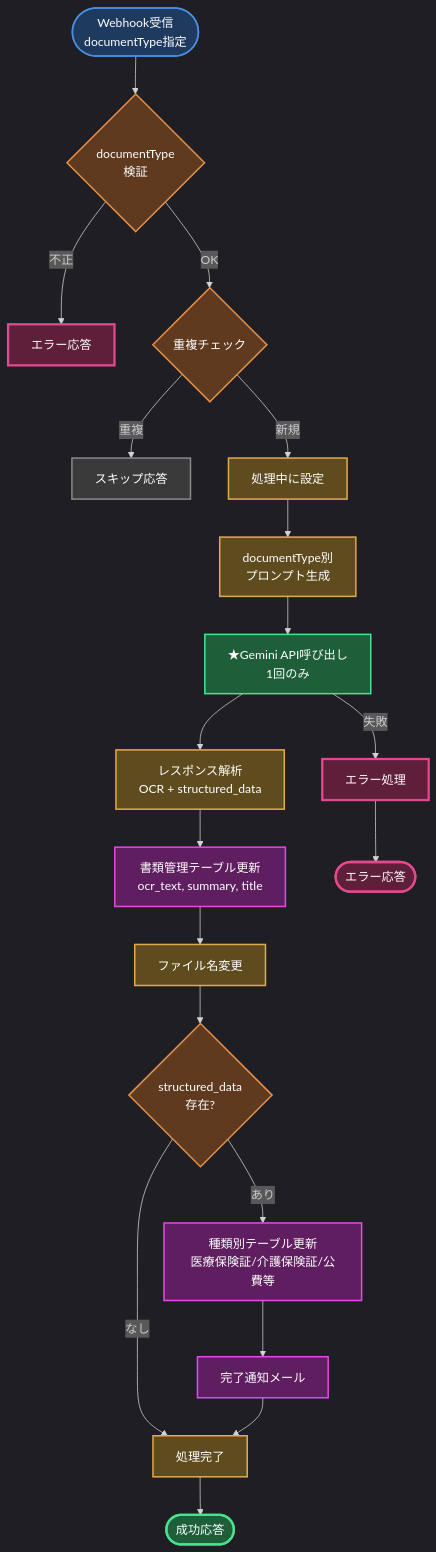
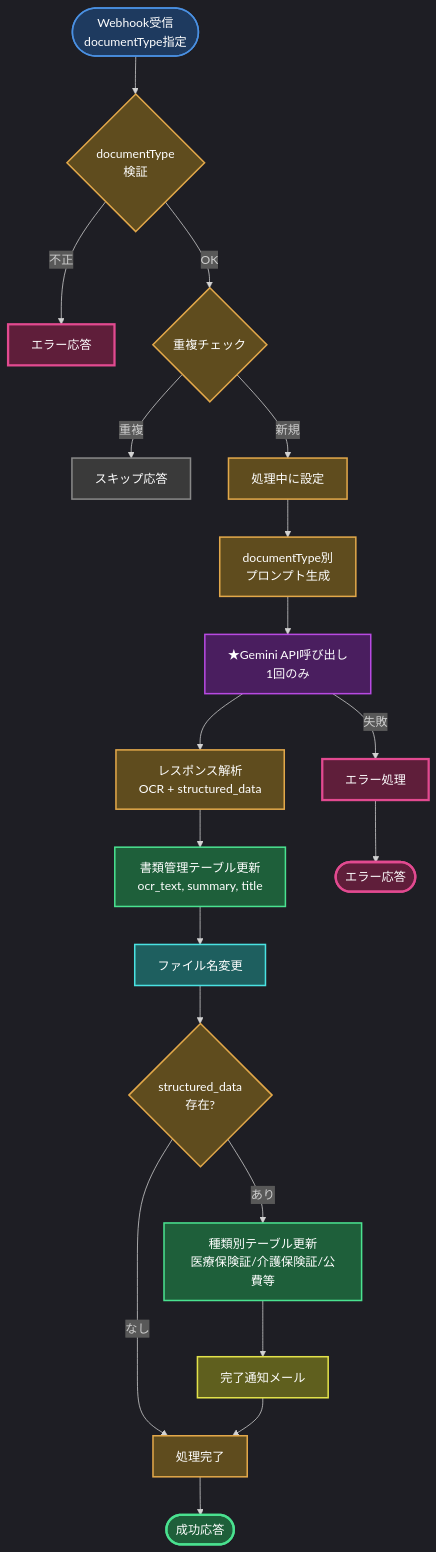
One commit to tasai-lab/appsheet-gas-automation changed the first of 7 diagrams in gas_projects/projects/nursing/Appsheet_訪問看護_書類OCR/FLOW.md. Above: the diagram before and after it, drawn with Mermaid. The commit also changed other lines of this file and 15 other files, not shown here.

First line of the commit message:
docs: FLOW.mdにダークモード対応配色を適用 - 全15プロジェクト完了

````diff
--- a/gas_projects/projects/nursing/Appsheet_訪問看護_書類OCR/FLOW.md
+++ b/gas_projects/projects/nursing/Appsheet_訪問看護_書類OCR/FLOW.md
@@ -7,41 +7,42 @@
 ```mermaid
 %%{init: {'theme':'dark'}}%%
 graph TB
     Start([Webhook受信<br/>documentType指定]):::webhook --> Validate{documentType<br/>検証}:::decision
 
     Validate -->|不正| Error1[エラー応答]:::error
     Validate -->|OK| DupCheck{重複チェック}:::decision
 
     DupCheck -->|重複| Skip[スキップ応答]:::skip
     DupCheck -->|新規| Lock[処理中に設定]:::process
 
     Lock --> BuildPrompt[documentType別<br/>プロンプト生成]:::process
 
-    BuildPrompt --> CallGemini[★Gemini API呼び出し<br/>1回のみ]:::gemini
+    BuildPrompt --> CallGemini[★Gemini API呼び出し<br/>1回のみ]:::api
 
     CallGemini --> Parse[レスポンス解析<br/>OCR + structured_data]:::process
 
     Parse --> UpdateDoc[書類管理テーブル更新<br/>ocr_text, summary, title]:::appsheet
-    UpdateDoc --> RenameFile[ファイル名変更]:::process
+    UpdateDoc --> RenameFile[ファイル名変更]:::drive
     RenameFile --> CheckData{structured_data<br/>存在?}:::decision
 
     CheckData -->|あり| UpdateSpecific[種類別テーブル更新<br/>医療保険証/介護保険証/公費等]:::appsheet
     CheckData -->|なし| Complete[処理完了]:::process
 
     UpdateSpecific --> Notify[完了通知メール]:::notification
     Notify --> Complete
     Complete --> Success([成功応答]):::success
 
     CallGemini -->|失敗| Error2[エラー処理]:::error
     Error2 --> ErrorEnd([エラー応答]):::error
 
-    classDef webhook fill:#1e3a5f,stroke:#4a90e2,stroke-width:2px,color:#fff
-    classDef decision fill:#5f3a1e,stroke:#e2904a,stroke-width:2px,color:#fff
-    classDef process fill:#5f4c1e,stroke:#e2a84a,stroke-width:2px,color:#fff
-    classDef gemini fill:#1e5f3a,stroke:#4ae290,stroke-width:2px,color:#fff
-    classDef appsheet fill:#5f1e5f,stroke:#e24ae2,stroke-width:2px,color:#fff
-    classDef notification fill:#5f1e5f,stroke:#e24ae2,stroke-width:2px,color:#fff
-    classDef success fill:#1e5f3a,stroke:#4ae290,stroke-width:3px,color:#fff
-    classDef error fill:#5f1e3a,stroke:#e24a90,stroke-width:3px,color:#fff
-    classDef skip fill:#3a3a3a,stroke:#888,stroke-width:2px,color:#fff
+    classDef webhook fill:#1e3a5f,stroke:#4a90e2,stroke-width:2px,color:#ffffff
+    classDef decision fill:#5f4c1e,stroke:#e2a84a,stroke-width:2px,color:#ffffff
+    classDef process fill:#5f4c1e,stroke:#e2a84a,stroke-width:2px,color:#ffffff
+    classDef api fill:#4a1e5f,stroke:#b84ae2,stroke-width:2px,color:#ffffff
+    classDef appsheet fill:#1e5f3a,stroke:#4ae290,stroke-width:2px,color:#ffffff
+    classDef drive fill:#1e5f5f,stroke:#4ae2e2,stroke-width:2px,color:#ffffff
+    classDef notification fill:#5f5f1e,stroke:#e2e24a,stroke-width:2px,color:#ffffff
+    classDef success fill:#1e5f3a,stroke:#4ae290,stroke-width:3px,color:#ffffff
+    classDef error fill:#5f1e3a,stroke:#e24a90,stroke-width:3px,color:#ffffff
+    classDef skip fill:#3a3a3a,stroke:#888,stroke-width:2px,color:#ffffff
 ```
````
